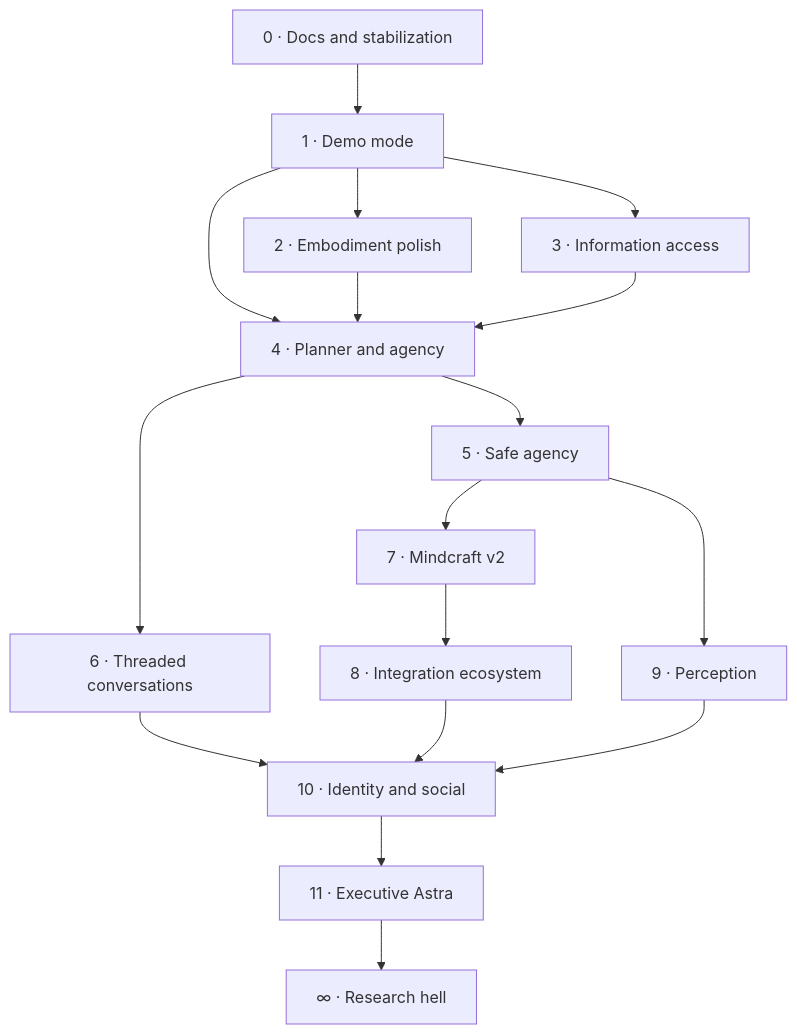
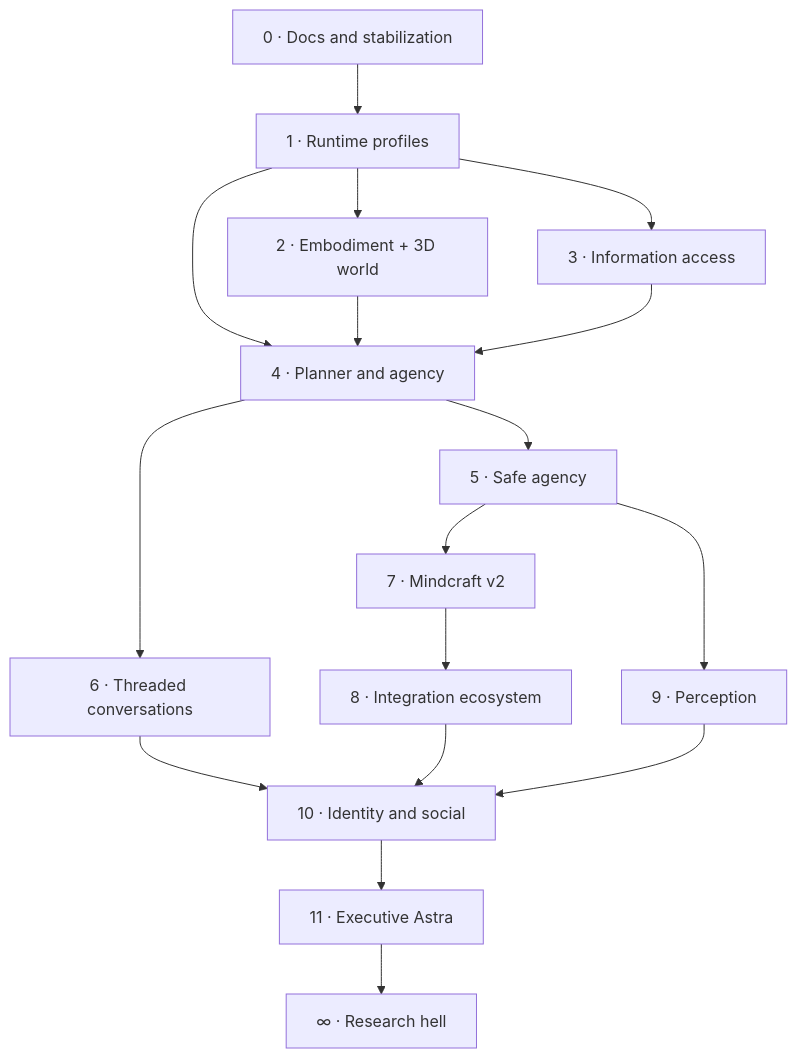
One commit to danielmarek22/local_ai_assistant changed the first of 2 diagrams in docs/roadmap.md. Above: the diagram before and after it, drawn with Mermaid. The commit also changed other lines of this file, not shown here.

Commit message:
Roadmap update

````diff
--- a/docs/roadmap.md
+++ b/docs/roadmap.md
@@ -10,32 +10,32 @@
 ```mermaid
 flowchart TD
     M0[0 · Docs and stabilization]
-    M1[1 · Demo mode]
-    M2[2 · Embodiment polish]
+    M1[1 · Runtime profiles]
+    M2[2 · Embodiment + 3D world]
     M3[3 · Information access]
     M4[4 · Planner and agency]
     M5[5 · Safe agency]
     M6[6 · Threaded conversations]
     M7[7 · Mindcraft v2]
     M8[8 · Integration ecosystem]
     M9[9 · Perception]
     M10[10 · Identity and social]
     M11[11 · Executive Astra]
     R[∞ · Research hell]
 
     M0 --> M1
     M1 --> M2
     M1 --> M3
     M1 --> M4
     M2 --> M4
     M3 --> M4
     M4 --> M5
     M4 --> M6
     M5 --> M7
     M5 --> M9
     M6 --> M10
     M7 --> M8
     M8 --> M10
     M9 --> M10
     M10 --> M11 --> R
 ```
````
